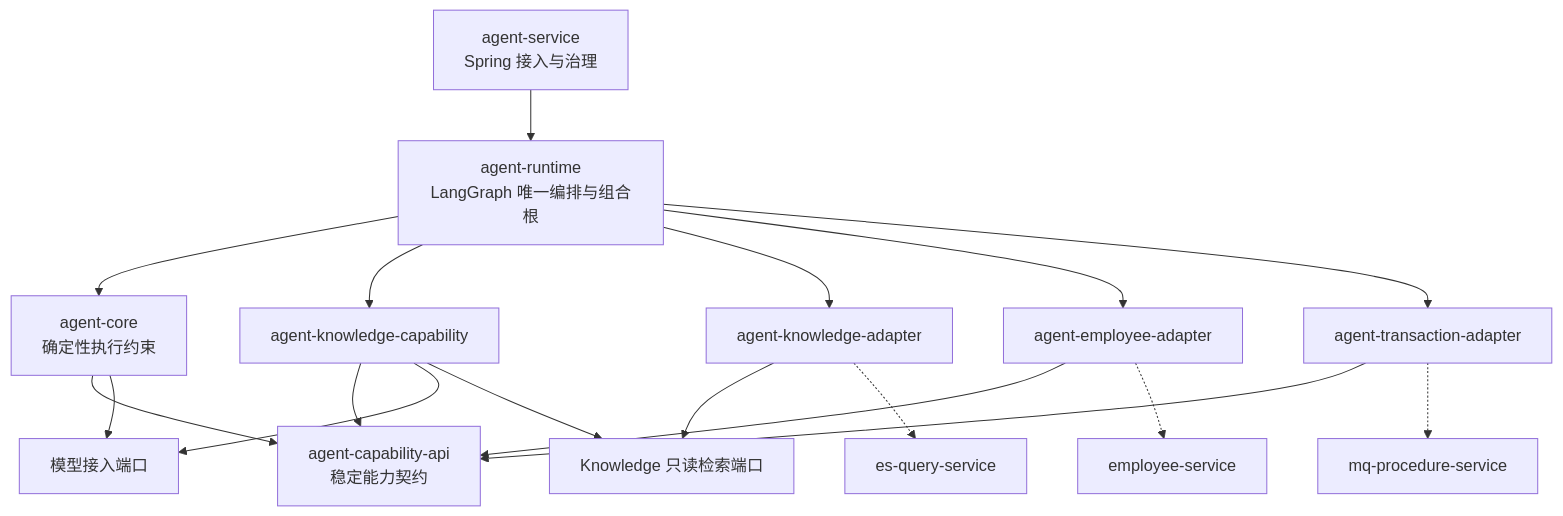
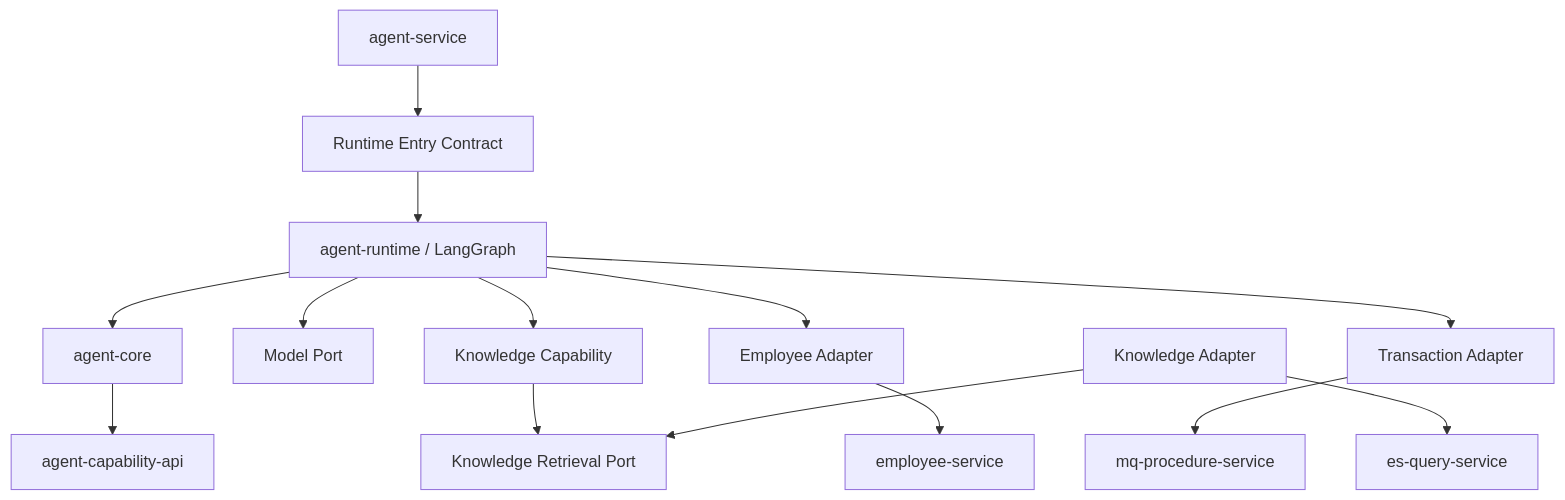
The second of 2 diagrams in docs/design/L0_00_SINGLE_AGENT_ARCHITECTURE.md (KyriosoO/springcloud-demo), drawn with Mermaid before and after one commit. The commit also changed other lines of this file and 35 other files, not shown here.

````diff
--- a/docs/design/L0_00_SINGLE_AGENT_ARCHITECTURE.md
+++ b/docs/design/L0_00_SINGLE_AGENT_ARCHITECTURE.md
@@ -347,32 +151,16 @@
 ```mermaid
 flowchart TD
-    Service["agent-service<br/>Spring 接入与治理"]
-    Runtime["agent-runtime<br/>LangGraph 唯一编排与组合根"]
-    Core["agent-core<br/>确定性执行约束"]
-    Api["agent-capability-api<br/>稳定能力契约"]
-    ModelPort["模型接入端口"]
-    KnowledgeCapability["agent-knowledge-capability"]
-    KnowledgeRetrievalPort["Knowledge 只读检索端口"]
-    KnowledgeAdapter["agent-knowledge-adapter"]
-    EmployeeAdapter["agent-employee-adapter"]
-    TransactionAdapter["agent-transaction-adapter"]
-
-    Service --> Runtime
-    Runtime --> Core
-    Runtime --> KnowledgeCapability
-    Runtime --> KnowledgeAdapter
-    Runtime --> EmployeeAdapter
-    Runtime --> TransactionAdapter
-    Core --> Api
-    Core --> ModelPort
-    KnowledgeCapability --> Api
-    KnowledgeCapability --> ModelPort
-    KnowledgeCapability --> KnowledgeRetrievalPort
-    KnowledgeAdapter --> KnowledgeRetrievalPort
-    EmployeeAdapter --> Api
-    TransactionAdapter --> Api
-
-    KnowledgeAdapter -.-> EsQuery["es-query-service"]
-    EmployeeAdapter -.-> Employee["employee-service"]
-    TransactionAdapter -.-> Transaction["mq-procedure-service"]
+    Service[agent-service] --> Entry[Runtime Entry Contract]
+    Entry --> Runtime[agent-runtime / LangGraph]
+    Runtime --> Core[agent-core]
+    Runtime --> ModelPort[Model Port]
+    Runtime --> Knowledge[Knowledge Capability]
+    Runtime --> EmployeeAdapter[Employee Adapter]
+    Runtime --> TxnAdapter[Transaction Adapter]
+    Core --> CapabilityAPI[agent-capability-api]
+    Knowledge --> RetrievalPort[Knowledge Retrieval Port]
+    RetrievalAdapter[Knowledge Adapter] --> RetrievalPort
+    RetrievalAdapter --> ESQ[es-query-service]
+    EmployeeAdapter --> Employee[employee-service]
+    TxnAdapter --> Txn[mq-procedure-service]
 ```
````
